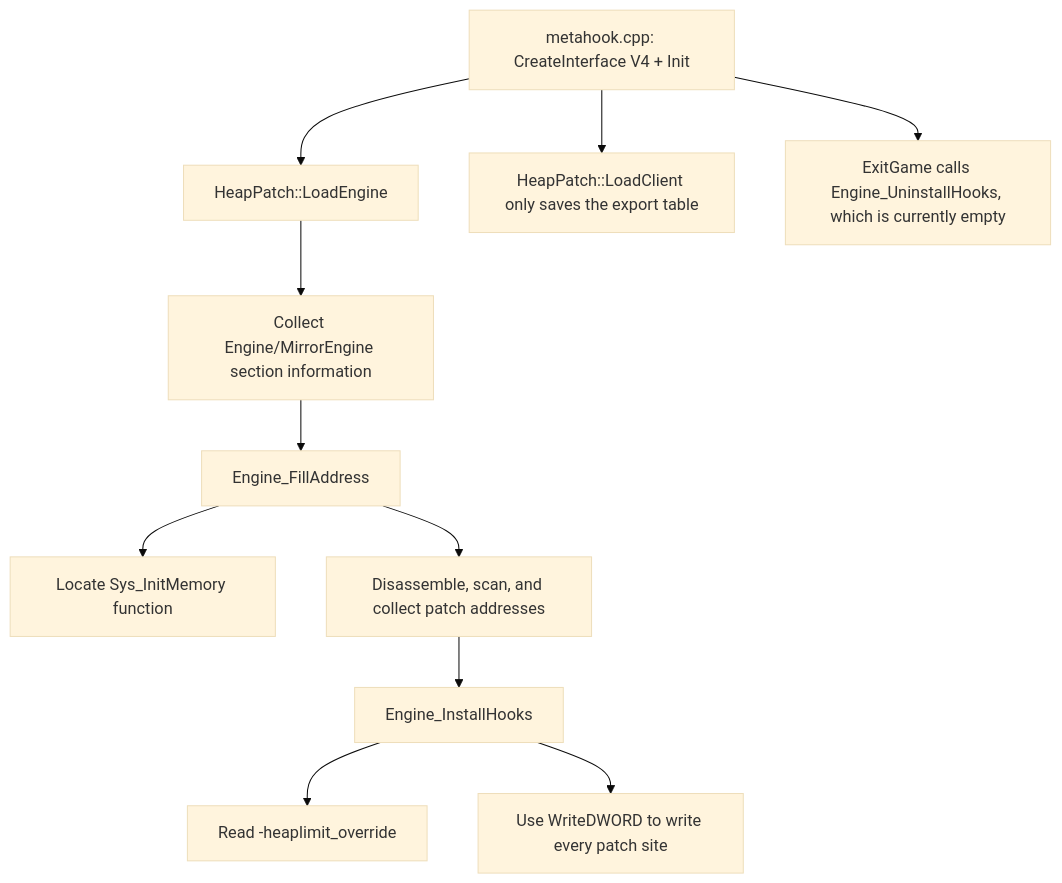
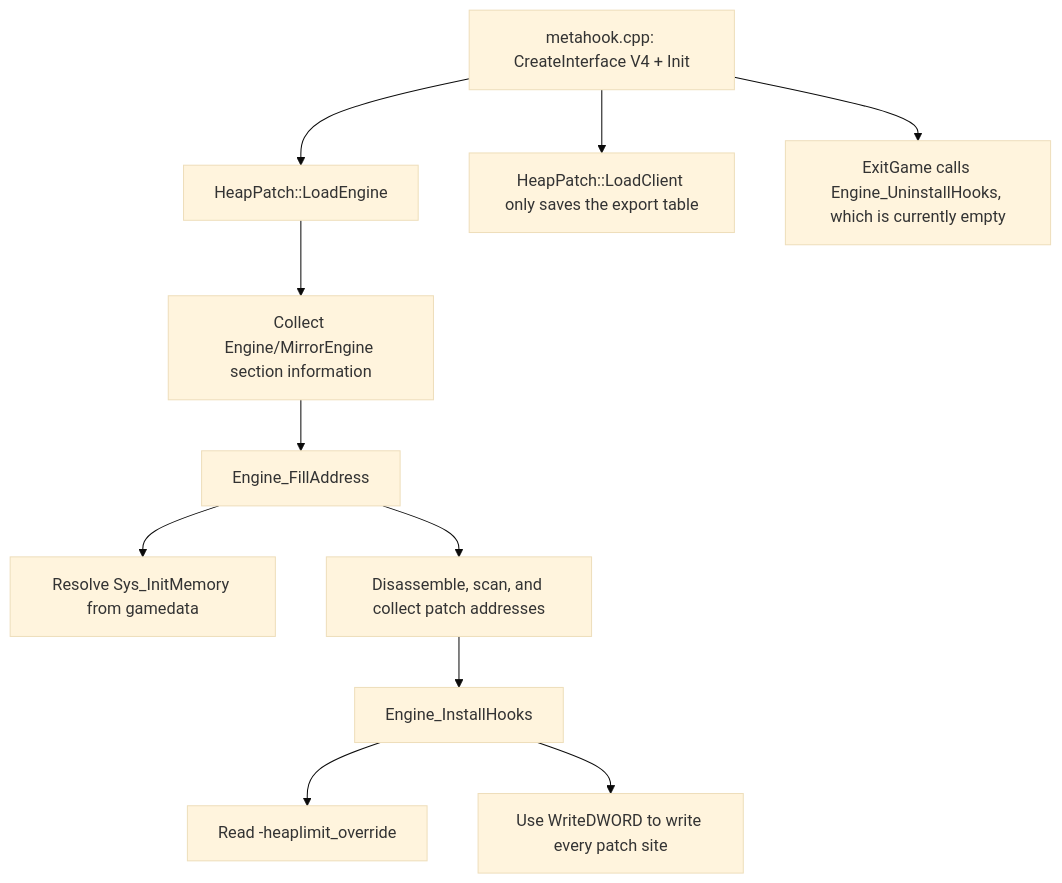
Before and after one commit to hzqst/MetaHookSv: the diagram in memory/HeapPatch.md, drawn with Mermaid (base theme). The commit also changed other lines of this file and 4 other files, not shown here.

First line of the commit message:
refactor(heap-patch): migrate Sys_InitMemory location to gamedata-only

````diff
--- a/memory/HeapPatch.md
+++ b/memory/HeapPatch.md
@@ -36,13 +36,13 @@
 ```mermaid
 flowchart TD
     A[metahook.cpp: CreateInterface V4 + Init] --> B[HeapPatch::LoadEngine]
     B --> C[Collect Engine/MirrorEngine section information]
     C --> D[Engine_FillAddress]
-    D --> D1[Locate Sys_InitMemory function]
+    D --> D1[Resolve Sys_InitMemory from gamedata]
     D --> D2[Disassemble, scan, and collect patch addresses]
     D2 --> E[Engine_InstallHooks]
     E --> E1[Read -heaplimit_override]
     E --> E2[Use WriteDWORD to write every patch site]
     A --> F[HeapPatch::LoadClient only saves the export table]
     A --> G[ExitGame calls Engine_UninstallHooks, which is currently empty]
 ```
````
